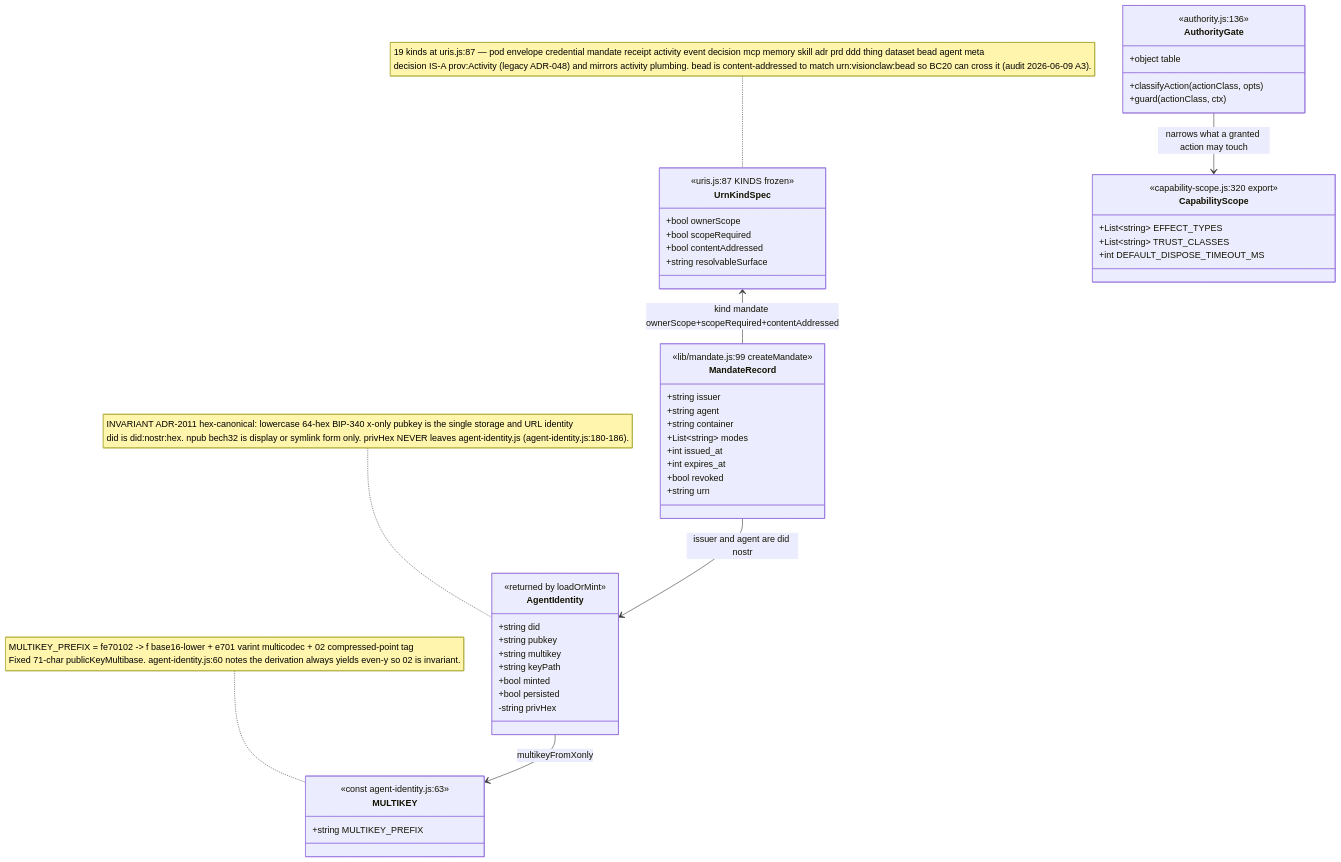
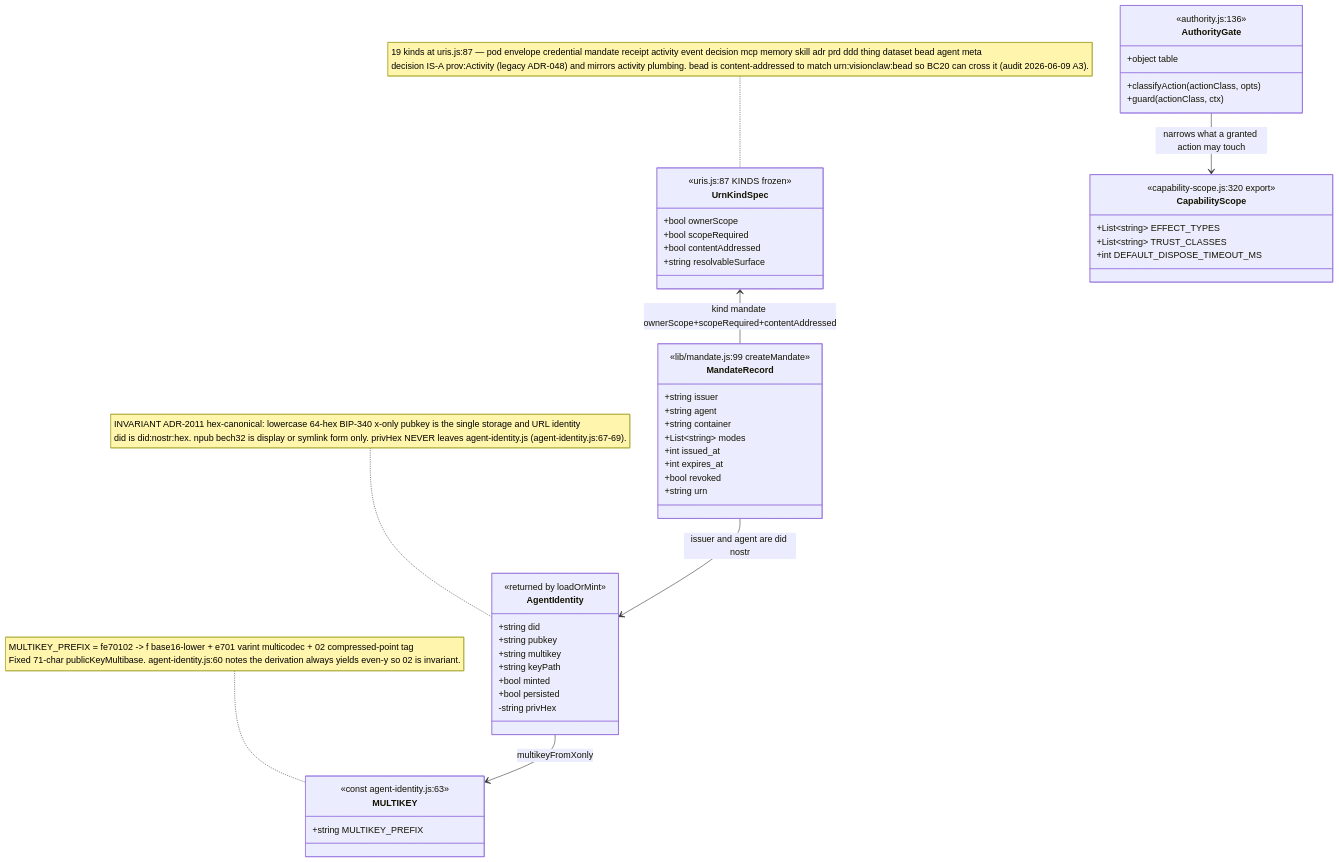
The first of 16 diagrams in docs/diagrams/agentbox/11-identity-did-mandate-authority.md (DreamLab-AI/VisionFlow), drawn with Mermaid before and after one commit. The commit also changed other lines of this file and 51 other files, not shown here.

First line of the commit message:
docs(diagrams): agentbox AB-01..13 re-attested anchor by anchor (980 anchors, 22 defects); checkpoint against an out-of-mesh writer

````diff
--- a/docs/diagrams/agentbox/11-identity-did-mandate-authority.md
+++ b/docs/diagrams/agentbox/11-identity-did-mandate-authority.md
@@ -40,54 +40,54 @@
 ```mermaid
 classDiagram
     class AgentIdentity {
         <<returned by loadOrMint>>
         +string did
         +string pubkey
         +string multikey
         +string keyPath
         +bool minted
         +bool persisted
         -string privHex
     }
     class MULTIKEY {
         <<const agent-identity.js:63>>
         +string MULTIKEY_PREFIX
     }
     class UrnKindSpec {
         <<uris.js:87 KINDS frozen>>
         +bool ownerScope
         +bool scopeRequired
         +bool contentAddressed
         +string resolvableSurface
     }
     class MandateRecord {
         <<lib/mandate.js:99 createMandate>>
         +string issuer
         +string agent
         +string container
         +List~string~ modes
         +int issued_at
         +int expires_at
         +bool revoked
         +string urn
     }
     class AuthorityGate {
         <<authority.js:136>>
         +object table
         +classifyAction(actionClass, opts)
         +guard(actionClass, ctx)
     }
     class CapabilityScope {
         <<capability-scope.js:320 export>>
         +List~string~ EFFECT_TYPES
         +List~string~ TRUST_CLASSES
         +int DEFAULT_DISPOSE_TIMEOUT_MS
     }
     AgentIdentity --> MULTIKEY : multikeyFromXonly
     UrnKindSpec <-- MandateRecord : kind mandate ownerScope+scopeRequired+contentAddressed
     MandateRecord --> AgentIdentity : issuer and agent are did nostr
     AuthorityGate --> CapabilityScope : narrows what a granted action may touch
     note for MULTIKEY "MULTIKEY_PREFIX = fe70102 -> f base16-lower + e701 varint multicodec + 02 compressed-point tag<br/>Fixed 71-char publicKeyMultibase. agent-identity.js:60 notes the derivation always yields even-y so 02 is invariant."
-    note for AgentIdentity "INVARIANT ADR-2011 hex-canonical: lowercase 64-hex BIP-340 x-only pubkey is the single storage and URL identity<br/>did is did:nostr:hex. npub bech32 is display or symlink form only. privHex NEVER leaves agent-identity.js (agent-identity.js:180-186)."
+    note for AgentIdentity "INVARIANT ADR-2011 hex-canonical: lowercase 64-hex BIP-340 x-only pubkey is the single storage and URL identity<br/>did is did:nostr:hex. npub bech32 is display or symlink form only. privHex NEVER leaves agent-identity.js (agent-identity.js:67-69)."
     note for UrnKindSpec "19 kinds at uris.js:87 — pod envelope credential mandate receipt activity event decision mcp memory skill adr prd ddd thing dataset bead agent meta<br/>decision IS-A prov:Activity (legacy ADR-048) and mirrors activity plumbing. bead is content-addressed to match urn:visionclaw:bead so BC20 can cross it (audit 2026-06-09 A3)."
 ```
````
